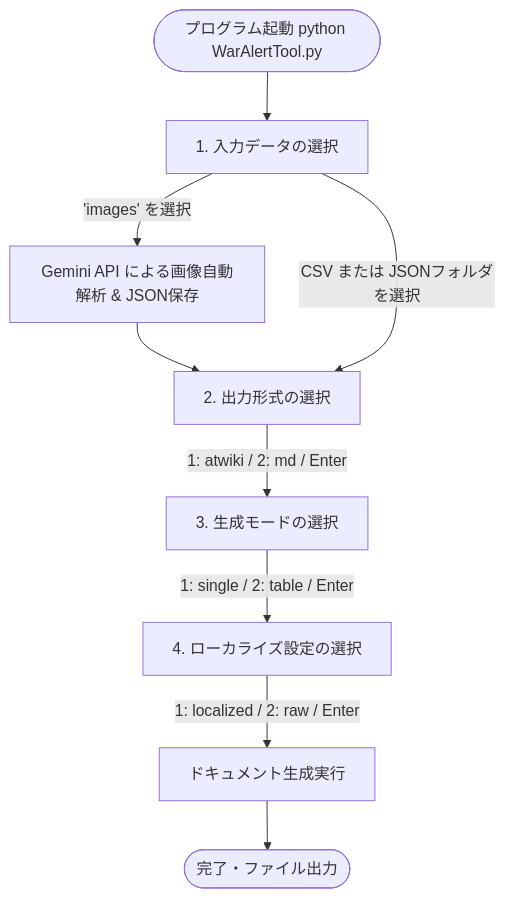
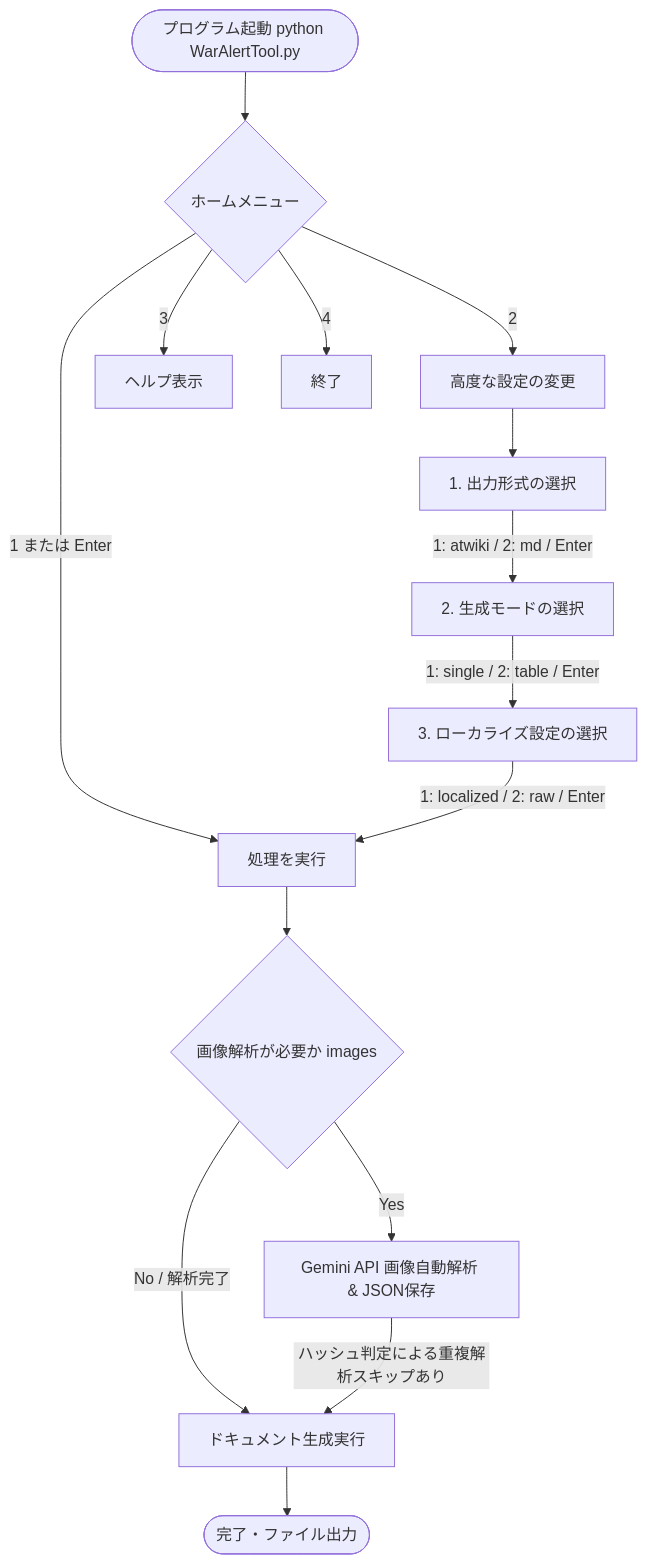
Before and after one commit to Yuraraexe/WarAlertTool: the diagram in README.md, drawn with Mermaid. The commit also changed other lines of this file, not shown here.

Commit message:
Update README.md with home menu flowchart and cache feature

````diff
--- a/README.md
+++ b/README.md
@@ -46,11 +46,19 @@
 ```mermaid
 graph TD
-    Start([プログラム起動 python WarAlertTool.py]) --> Step1[1. 入力データの選択]
-    Step1 -->|'images' を選択| ImageParse[Gemini API による画像自動解析 & JSON保存]
-    ImageParse --> Step2[2. 出力形式の選択]
-    Step1 -->|CSV または JSONフォルダを選択| Step2
-    Step2 -->|1: atwiki / 2: md / Enter| Step3[3. 生成モードの選択]
-    Step3 -->|1: single / 2: table / Enter| Step4[4. ローカライズ設定の選択]
-    Step4 -->|1: localized / 2: raw / Enter| Generate[ドキュメント生成実行]
+    Start([プログラム起動 python WarAlertTool.py]) --> Home{ホームメニュー}
+    Home -->|1 または Enter| Execute[処理を実行]
+    Home -->|2| Step1[高度な設定の変更]
+    Home -->|3| ShowHelp[ヘルプ表示]
+    Home -->|4| Exit[終了]
+    
+    Step1 --> Step2[1. 出力形式の選択]
+    Step2 -->|1: atwiki / 2: md / Enter| Step3[2. 生成モードの選択]
+    Step3 -->|1: single / 2: table / Enter| Step4[3. ローカライズ設定の選択]
+    Step4 -->|1: localized / 2: raw / Enter| Execute
+    
+    Execute --> ImageCheck{画像解析が必要か images }
+    ImageCheck -->|Yes| ImageParse[Gemini API 画像自動解析 & JSON保存]
+    ImageCheck -->|No / 解析完了| Generate[ドキュメント生成実行]
+    ImageParse -->|ハッシュ判定による重複解析スキップあり| Generate
     Generate --> End([完了・ファイル出力])
 ```
````
